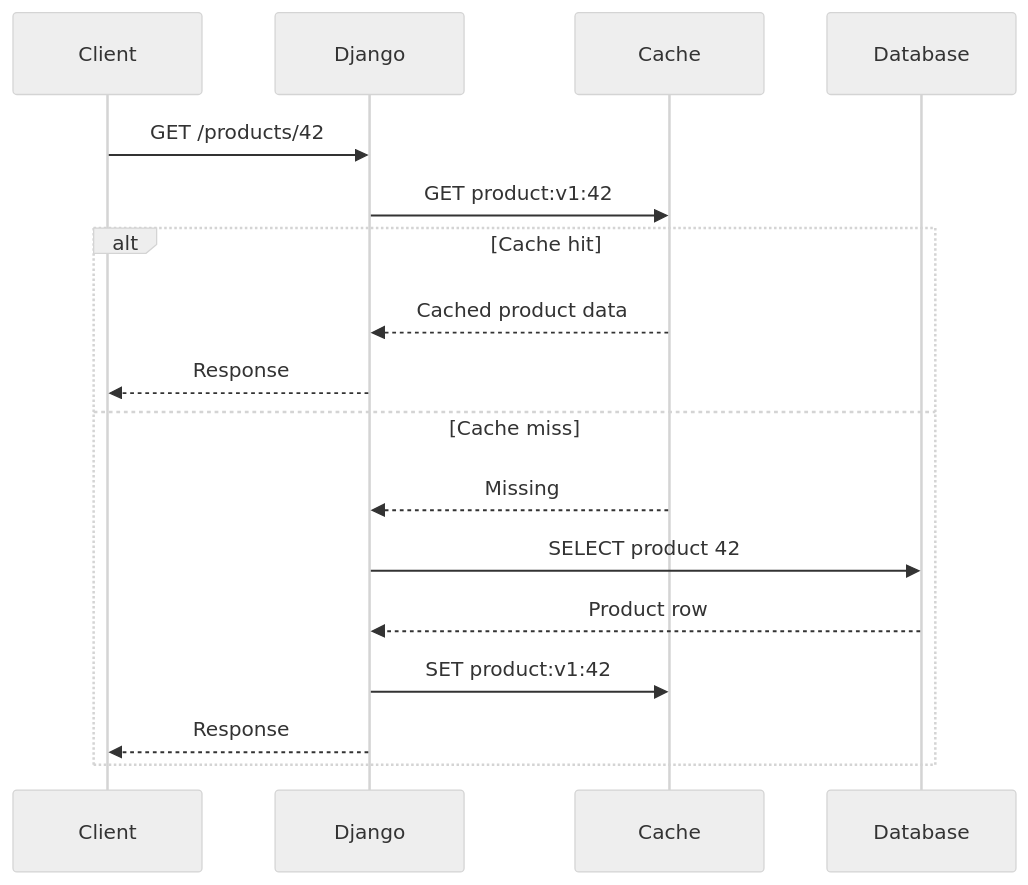
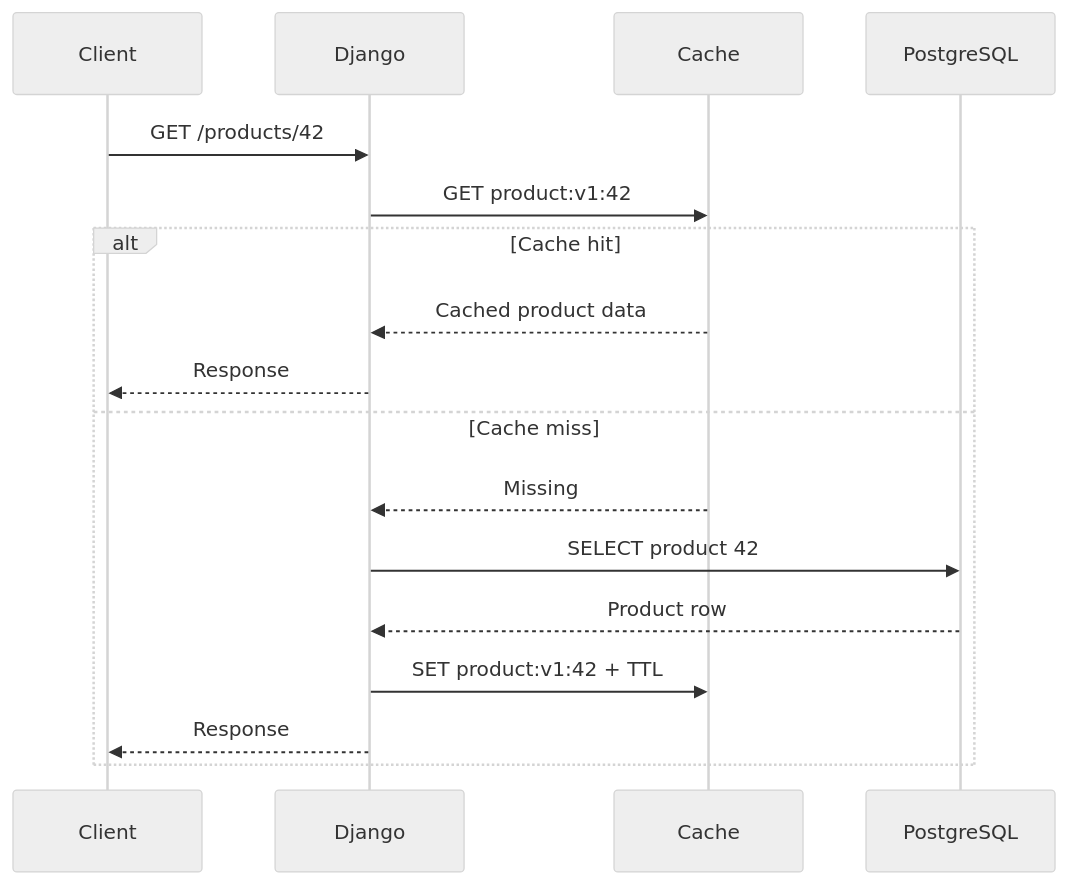
One commit to AvadhBhalodiya/Interview-Preparation changed the third of 6 diagrams in src/content/django/caching-framework.md. Above: the diagram before and after it, drawn with Mermaid (neutral theme). The commit also changed other lines of this file and 80 other files, not shown here.

````diff
--- a/src/content/django/caching-framework.md
+++ b/src/content/django/caching-framework.md
@@ -585,21 +355,21 @@
 ```mermaid
 sequenceDiagram
     participant Client
     participant Django
     participant Cache
-    participant DB as Database
+    participant DB as PostgreSQL
 
     Client->>Django: GET /products/42
     Django->>Cache: GET product:v1:42
 
     alt Cache hit
         Cache-->>Django: Cached product data
         Django-->>Client: Response
     else Cache miss
         Cache-->>Django: Missing
         Django->>DB: SELECT product 42
         DB-->>Django: Product row
-        Django->>Cache: SET product:v1:42
+        Django->>Cache: SET product:v1:42 + TTL
         Django-->>Client: Response
     end
 ```
````
